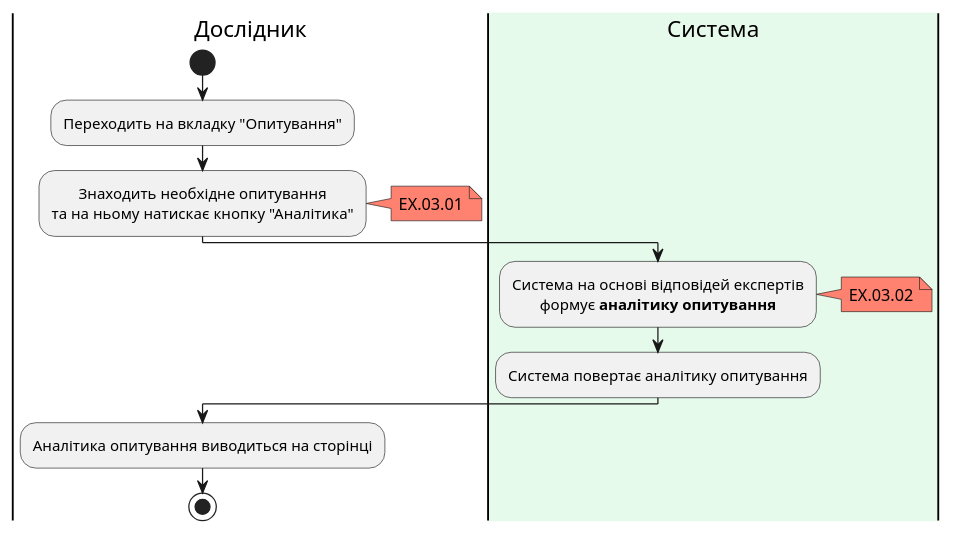
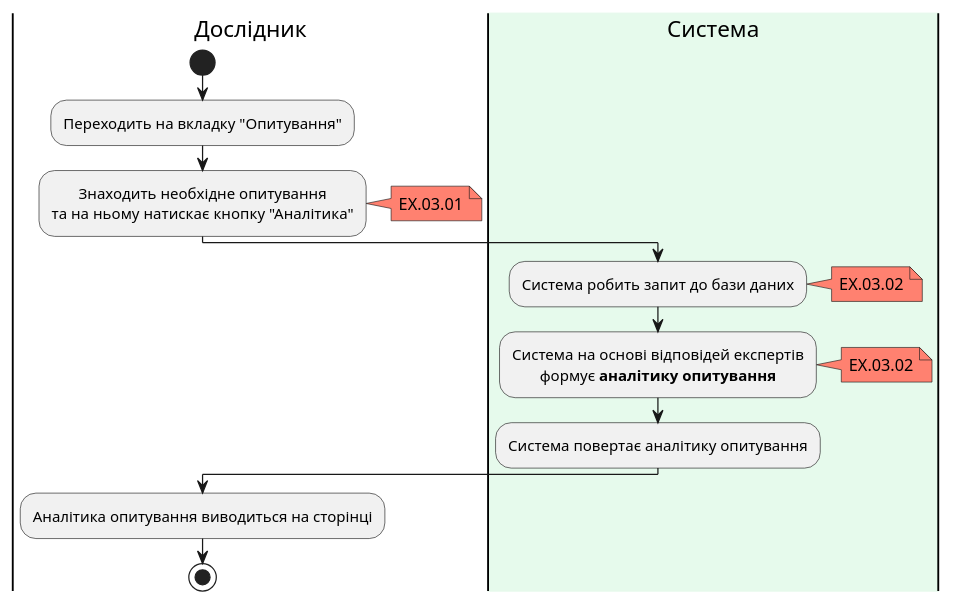
Diagram 12 of 16 in docs/use_cases.md (generalmaks/db_labs), drawn with PlantUML before and after one commit.

Commit message:
Update activity diagram of GetSurveyAnalytics

````diff
--- a/docs/use_cases.md
+++ b/docs/use_cases.md
@@ -600,23 +600,27 @@
 ```plantuml
 @startuml
 |Дослідник|
 start
 skinparam defaultTextAlignment center
 :Переходить на вкладку "Опитування";
 :Знаходить необхідне опитування 
 та на ньому натискає кнопку "Аналітика";
 note right #ff8170
 EX.03.01
 end note
 |#e6faec|Система|
+:Система робить запит до бази даних;
+note right #ff8170
+EX.03.02
+end note
 :Система на основі відповідей експертів 
 формує **аналітику опитування**;
 note right #ff8170
 EX.03.02
 end note
 :Система повертає аналітику опитування;
 |Дослідник|
 :Аналітика опитування виводиться на сторінці;
 stop
 @enduml
 ```
````
